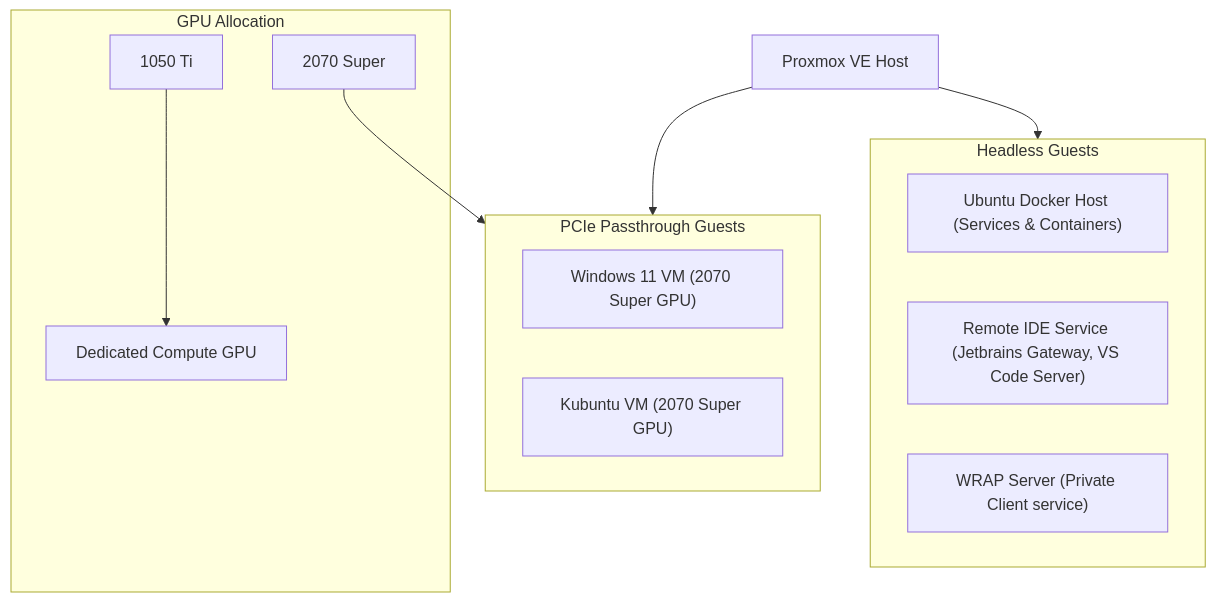
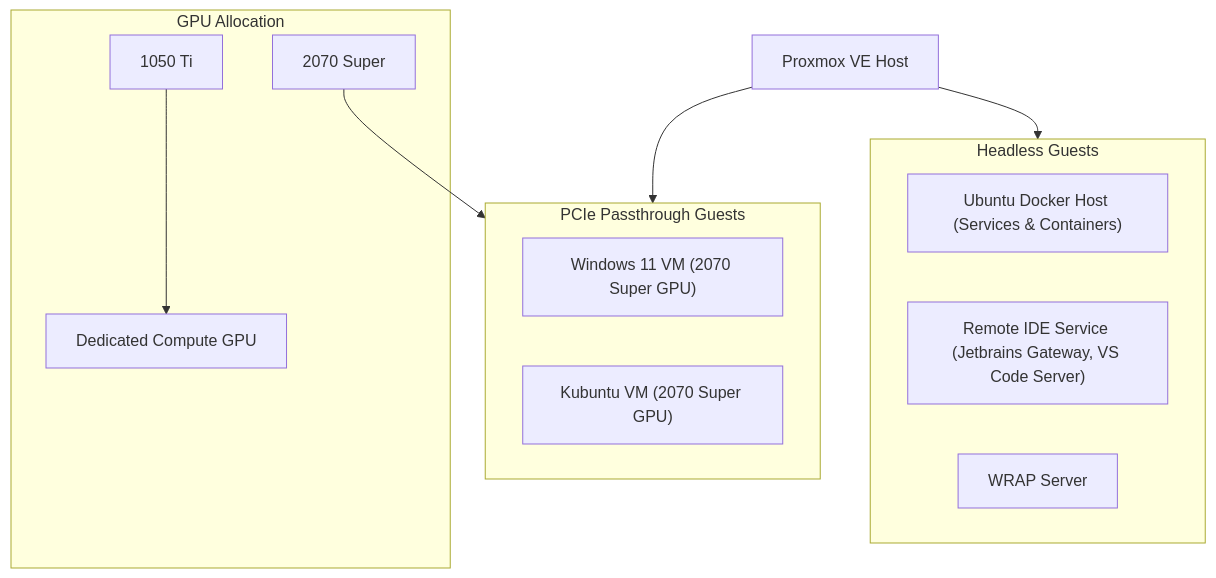
The first of 2 diagrams in README.md (JeremyCCox/proxmox-homelab), drawn with Mermaid before and after one commit.

Commit message:
docs: remove part about wrap being "private client server"

````diff
--- a/README.md
+++ b/README.md
@@ -7,33 +7,33 @@
 ```mermaid
 graph TD
     Proxmox["Proxmox VE Host"]
 
     %% PCIe Passthrough Guests
     subgraph PCIe_Passthrough["PCIe Passthrough Guests"]
         Win11["Windows 11 VM (2070 Super GPU)"]
         Kubuntu["Kubuntu VM (2070 Super GPU)"]
     end
 
 
     %% GPU Allocation
     subgraph GPUs["GPU Allocation"]
         GPU1["1050 Ti"]
         GPU2["2070 Super"]
         Custodian["Dedicated Compute GPU"]
     end
 
     %% Headless Guests
     subgraph Headless["Headless Guests"]
         DockerHost["Ubuntu Docker Host (Services & Containers)"]
         IntelliJ["Remote IDE Service (Jetbrains Gateway, VS Code Server)"]
-        WRAP["WRAP Server (Private Client service)"]
+        WRAP["WRAP Server"]
     end
 
     %% Connections
 
     GPU2 --> PCIe_Passthrough
     GPU1 --> Custodian
 
     Proxmox --> PCIe_Passthrough
     Proxmox --> Headless
 ```
````
